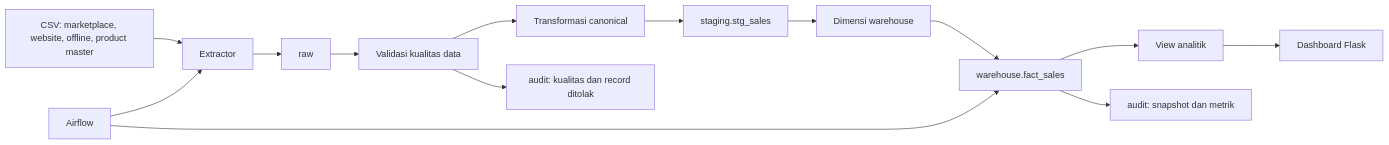
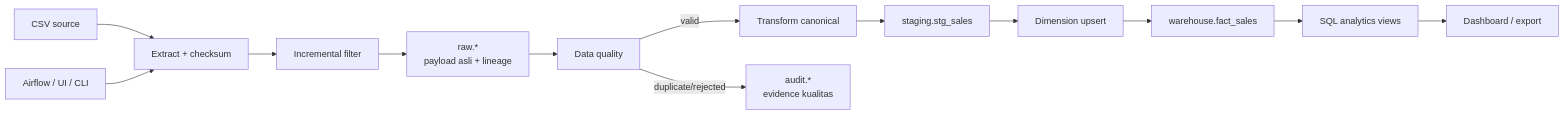
One commit to RinaldiHamzah/arunika-sales-pepeline-end-to-end changed the diagram in docs/architecture.md. Above: the diagram before and after it, drawn with Mermaid. The commit also changed other lines of this file and 39 other files, not shown here.

````diff
--- a/docs/architecture.md
+++ b/docs/architecture.md
@@ -7,16 +7,15 @@
 ```mermaid
 flowchart LR
-    A[CSV: marketplace, website, offline, product master] --> B[Extractor]
-    B --> C[raw]
-    C --> D[Validasi kualitas data]
-    D --> E[Transformasi canonical]
-    E --> F[staging.stg_sales]
-    F --> G[Dimensi warehouse]
-    G --> H[warehouse.fact_sales]
-    H --> I[View analitik]
-    I --> J[Dashboard Flask]
-    D --> K[audit: kualitas dan record ditolak]
-    H --> L[audit: snapshot dan metrik]
-    M[Airflow] --> B
-    M --> H
+    A[CSV source] --> B[Extract + checksum]
+    B --> C[Incremental filter]
+    C --> D[raw.*\npayload asli + lineage]
+    D --> E[Data quality]
+    E -->|valid| F[Transform canonical]
+    E -->|duplicate/rejected| G[audit.*\nevidence kualitas]
+    F --> H[staging.stg_sales]
+    H --> I[Dimension upsert]
+    I --> J[warehouse.fact_sales]
+    J --> K[SQL analytics views]
+    K --> L[Dashboard / export]
+    M[Airflow / UI / CLI] --> B
 ```
````
